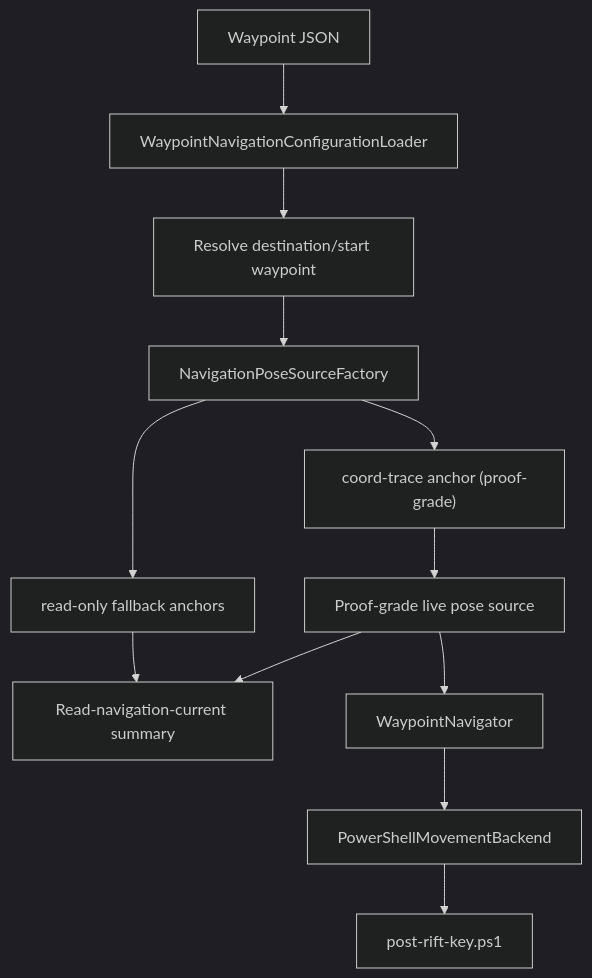
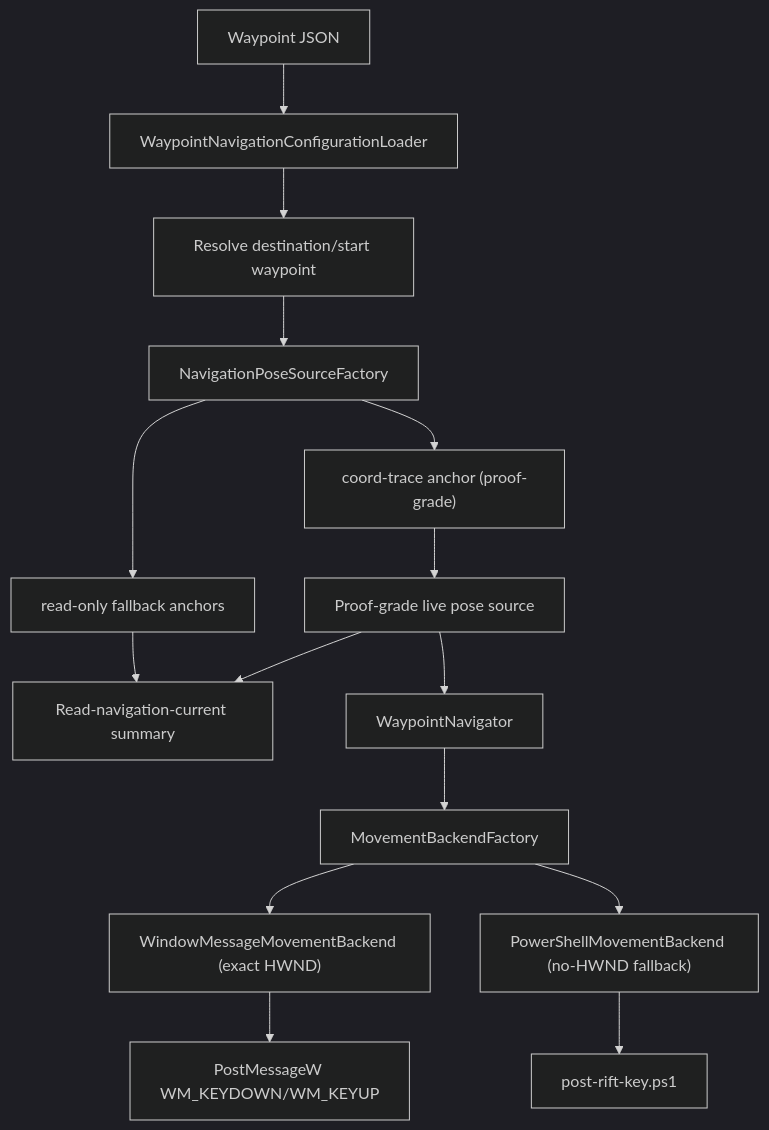
Before and after one commit to 360madden/riftreader: the first of 2 diagrams in docs/navigation-waypoint-v1.md, drawn with Mermaid (dark theme). The commit also changed other lines of this file and 6 other files, not shown here.

Commit message:
Add native exact-HWND movement backend

````diff
--- a/docs/navigation-waypoint-v1.md
+++ b/docs/navigation-waypoint-v1.md
@@ -47,14 +47,17 @@
 ```mermaid
 flowchart TD
     A["Waypoint JSON"] --> B["WaypointNavigationConfigurationLoader"]
     B --> C["Resolve destination/start waypoint"]
     C --> D["NavigationPoseSourceFactory"]
     D --> E["coord-trace anchor (proof-grade)"]
     D --> F["read-only fallback anchors"]
     E --> H["Proof-grade live pose source"]
     F --> I["Read-navigation-current summary"]
     H --> I
     H --> J["WaypointNavigator"]
-    J --> K["PowerShellMovementBackend"]
-    K --> L["post-rift-key.ps1"]
+    J --> K["MovementBackendFactory"]
+    K --> L["WindowMessageMovementBackend (exact HWND)"]
+    K --> M["PowerShellMovementBackend (no-HWND fallback)"]
+    L --> N["PostMessageW WM_KEYDOWN/WM_KEYUP"]
+    M --> O["post-rift-key.ps1"]
 ```
````
